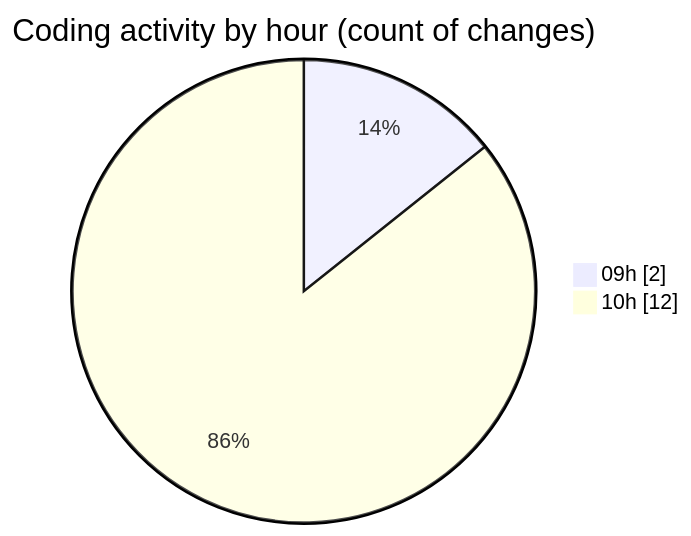
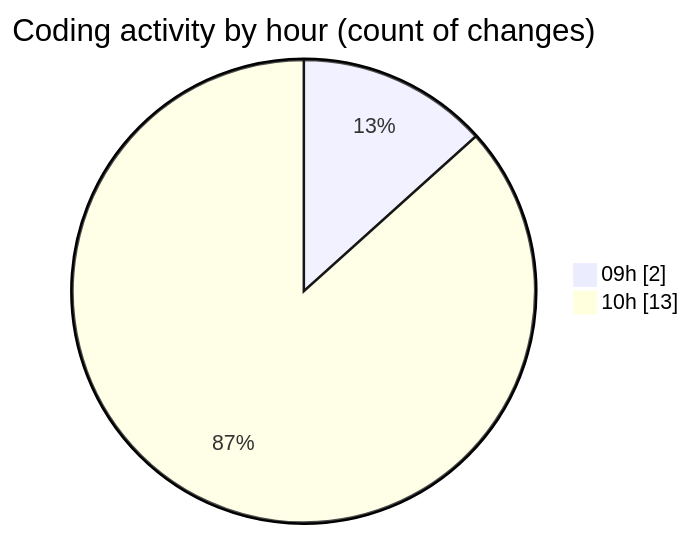
The second of 2 diagrams in 2025-03-27/kml/README.md (LanceThiago/code-tracking), drawn with Mermaid before and after one commit. The commit also changed other lines of this file and 1 other file, not shown here.

````diff
--- a/2025-03-27/kml/README.md
+++ b/2025-03-27/kml/README.md
@@ -36,6 +38,6 @@
 ```mermaid
 pie showData
 title Coding activity by hour (count of changes)
 "09h" : 2
-"10h" : 12
+"10h" : 13
 ```
````
